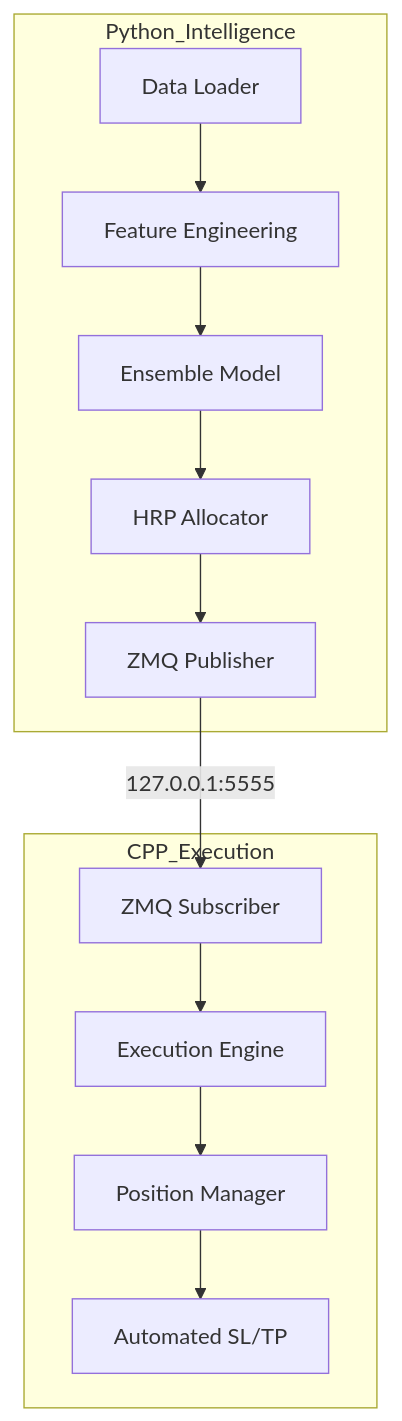
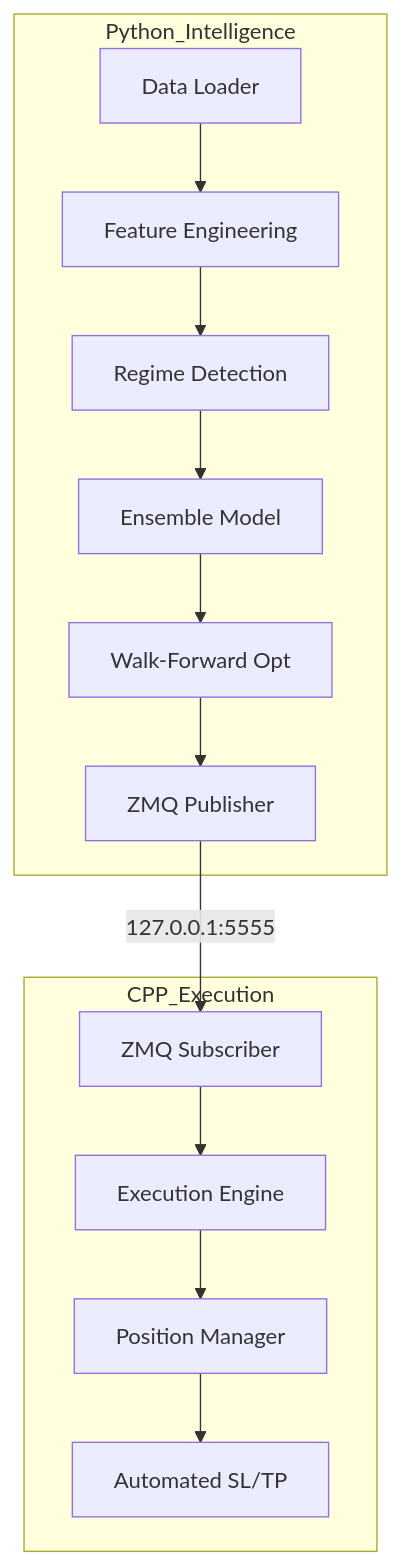
Before and after one commit to manuelhorvey/iQT: the diagram in README.md, drawn with Mermaid. The commit also changed other lines of this file, not shown here.

Commit message:
docs: synchronize README with WFO architecture and institutional hardening features

````diff
--- a/README.md
+++ b/README.md
@@ -88,16 +108,17 @@
 ```mermaid
 graph TD
     subgraph Python_Intelligence
         A[Data Loader] --> B[Feature Engineering]
-        B --> C[Ensemble Model]
-        C --> D[HRP Allocator]
-        D --> E[ZMQ Publisher]
+        B --> C[Regime Detection]
+        C --> D[Ensemble Model]
+        D --> E[Walk-Forward Opt]
+        E --> F[ZMQ Publisher]
     end
-    
+
     subgraph CPP_Execution
-        E -- "127.0.0.1:5555" --> F[ZMQ Subscriber]
-        F --> G[Execution Engine]
-        G --> H[Position Manager]
-        H --> I[Automated SL/TP]
+        F -- "127.0.0.1:5555" --> G[ZMQ Subscriber]
+        G --> H[Execution Engine]
+        H --> I[Position Manager]
+        I --> J[Automated SL/TP]
     end
 ```
````
